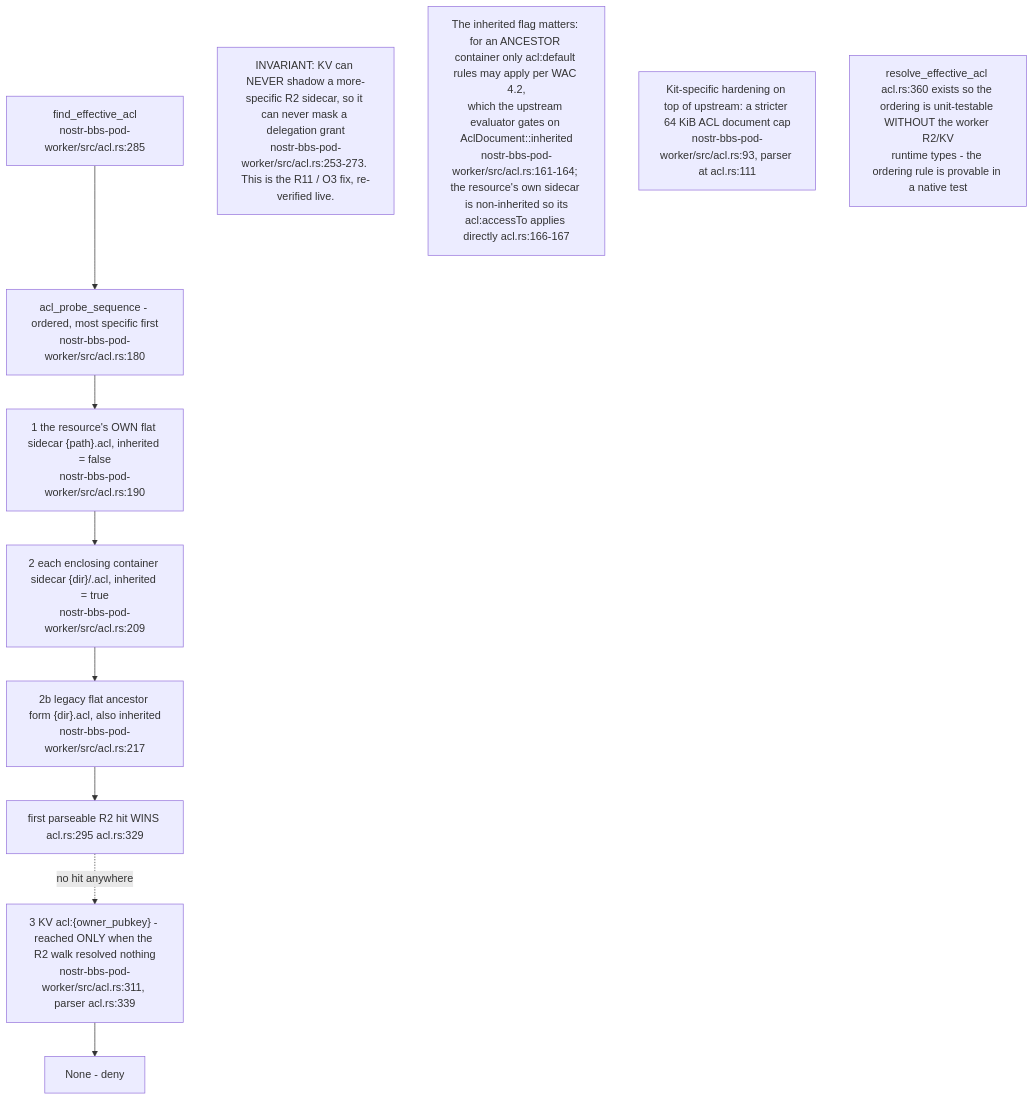
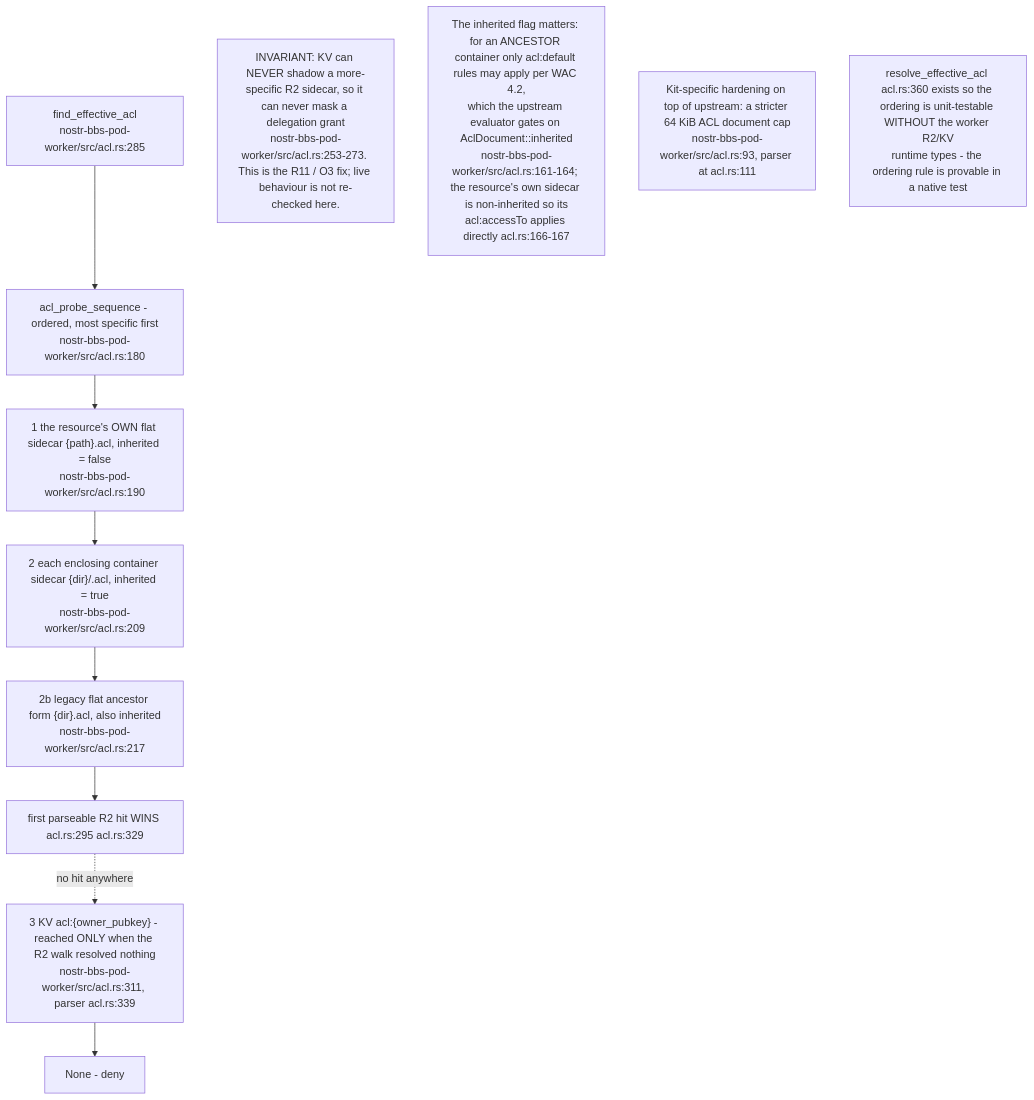
Before and after one commit to DreamLab-AI/VisionFlow: the fourth of 10 diagrams in docs/diagrams/nostr-rust-forum/04-pod-worker-ldp-wac-and-delegation.md, drawn with Mermaid. The commit also changed other lines of this file and 91 other files, not shown here.

````diff
--- a/docs/diagrams/nostr-rust-forum/04-pod-worker-ldp-wac-and-delegation.md
+++ b/docs/diagrams/nostr-rust-forum/04-pod-worker-ldp-wac-and-delegation.md
@@ -131,19 +138,19 @@
 ```mermaid
 flowchart TB
     START["find_effective_acl<br/>nostr-bbs-pod-worker/src/acl.rs:285"]
     SEQ["acl_probe_sequence - ordered, most specific first<br/>nostr-bbs-pod-worker/src/acl.rs:180"]
     OWN["1 the resource's OWN flat sidecar {path}.acl, inherited = false<br/>nostr-bbs-pod-worker/src/acl.rs:190"]
     CONT["2 each enclosing container sidecar {dir}/.acl, inherited = true<br/>nostr-bbs-pod-worker/src/acl.rs:209"]
     LEG["2b legacy flat ancestor form {dir}.acl, also inherited<br/>nostr-bbs-pod-worker/src/acl.rs:217"]
     HIT["first parseable R2 hit WINS acl.rs:295 acl.rs:329"]
     KV["3 KV acl:{owner_pubkey} - reached ONLY when the R2 walk resolved nothing<br/>nostr-bbs-pod-worker/src/acl.rs:311, parser acl.rs:339"]
     NONE["None - deny"]
 
     START --> SEQ --> OWN --> CONT --> LEG --> HIT
     HIT -.->|"no hit anywhere"| KV --> NONE
 
-    N1["INVARIANT: KV can NEVER shadow a more-specific R2 sidecar, so it can never mask a delegation grant<br/>nostr-bbs-pod-worker/src/acl.rs:253-273. This is the R11 / O3 fix, re-verified live."]
+    N1["INVARIANT: KV can NEVER shadow a more-specific R2 sidecar, so it can never mask a delegation grant<br/>nostr-bbs-pod-worker/src/acl.rs:253-273. This is the R11 / O3 fix; live behaviour is not re-checked here."]
     N2["The inherited flag matters: for an ANCESTOR container only acl:default rules may apply per WAC 4.2,<br/>which the upstream evaluator gates on AclDocument::inherited<br/>nostr-bbs-pod-worker/src/acl.rs:161-164; the resource's own sidecar is non-inherited so its<br/>acl:accessTo applies directly acl.rs:166-167"]
     N3["Kit-specific hardening on top of upstream: a stricter 64 KiB ACL document cap<br/>nostr-bbs-pod-worker/src/acl.rs:93, parser at acl.rs:111"]
     N4["resolve_effective_acl acl.rs:360 exists so the ordering is unit-testable WITHOUT the worker R2/KV<br/>runtime types - the ordering rule is provable in a native test"]
 ```
````
